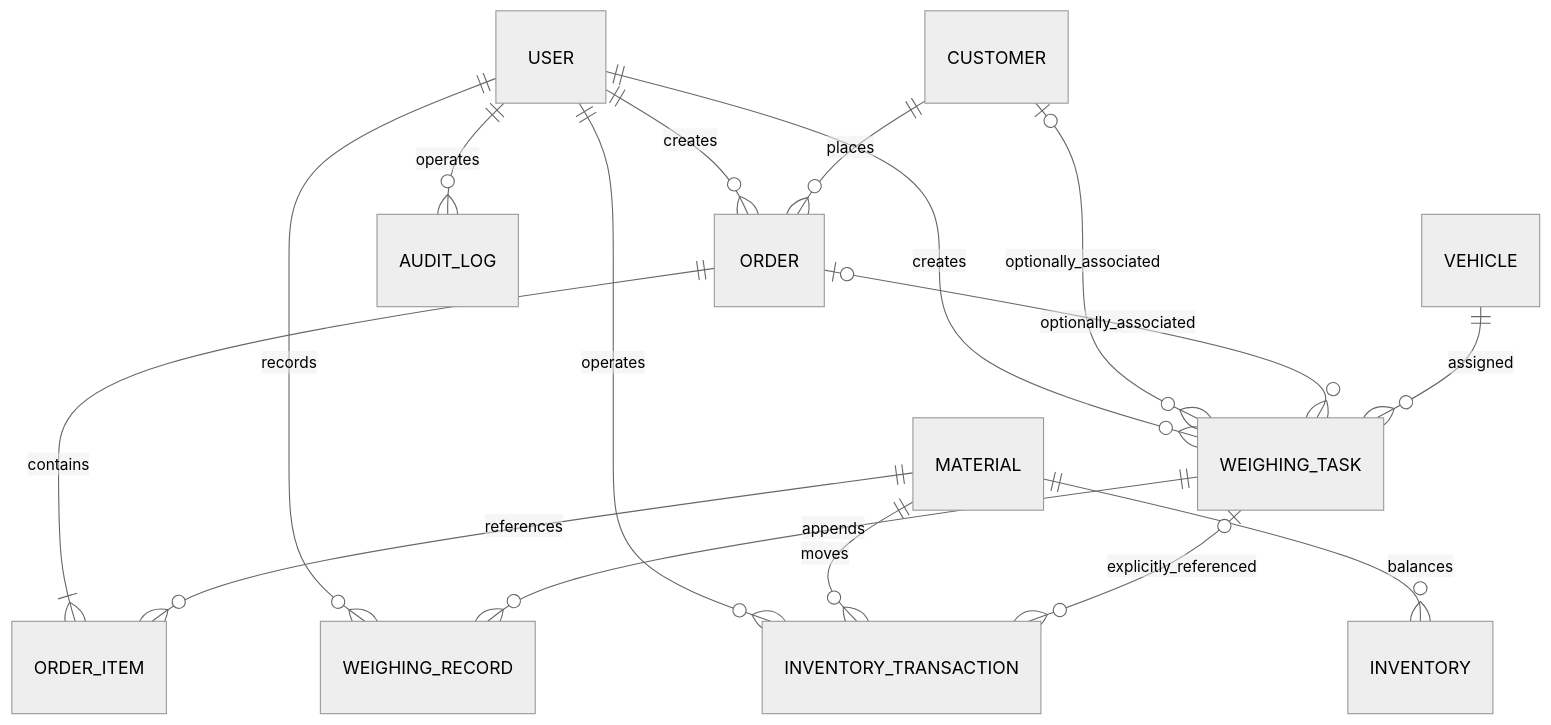
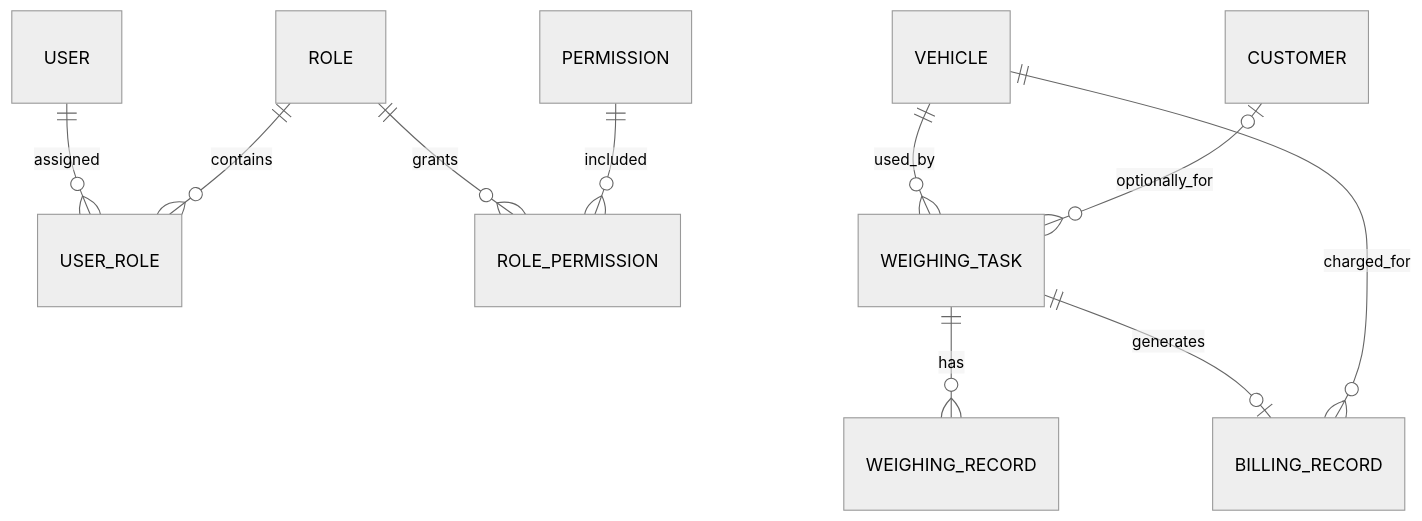
The diagram in docs/database-design.md (Newbie-pz/TimberOps), drawn with Mermaid (neutral theme) before and after one commit. The commit also changed other lines of this file and 26 other files, not shown here.

````diff
--- a/docs/database-design.md
+++ b/docs/database-design.md
@@ -32,18 +13,12 @@
 ```mermaid
 erDiagram
-    USER ||--o{ ORDER : creates
-    USER ||--o{ WEIGHING_TASK : creates
-    USER ||--o{ WEIGHING_RECORD : records
-    USER ||--o{ INVENTORY_TRANSACTION : operates
-    USER ||--o{ AUDIT_LOG : operates
-    CUSTOMER ||--o{ ORDER : places
-    CUSTOMER o|--o{ WEIGHING_TASK : optionally_associated
-    ORDER ||--|{ ORDER_ITEM : contains
-    ORDER o|--o{ WEIGHING_TASK : optionally_associated
-    MATERIAL ||--o{ ORDER_ITEM : references
-    MATERIAL ||--o{ INVENTORY : balances
-    MATERIAL ||--o{ INVENTORY_TRANSACTION : moves
-    VEHICLE ||--o{ WEIGHING_TASK : assigned
-    WEIGHING_TASK ||--o{ WEIGHING_RECORD : appends
-    WEIGHING_TASK o|--o{ INVENTORY_TRANSACTION : explicitly_referenced
+    USER ||--o{ USER_ROLE : assigned
+    ROLE ||--o{ USER_ROLE : contains
+    ROLE ||--o{ ROLE_PERMISSION : grants
+    PERMISSION ||--o{ ROLE_PERMISSION : included
+    VEHICLE ||--o{ WEIGHING_TASK : used_by
+    CUSTOMER o|--o{ WEIGHING_TASK : optionally_for
+    WEIGHING_TASK ||--o{ WEIGHING_RECORD : has
+    WEIGHING_TASK ||--o| BILLING_RECORD : generates
+    VEHICLE ||--o{ BILLING_RECORD : charged_for
 ```
````
